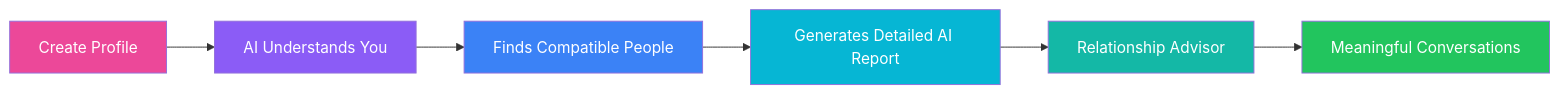
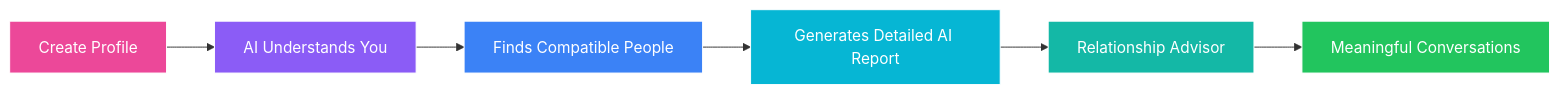
Before and after one commit to TheKanishkDev/SoulSync-AI: the first of 7 diagrams in README.md, drawn with Mermaid. The commit also changed other lines of this file, not shown here.

````diff
--- a/README.md
+++ b/README.md
@@ -139,27 +117,15 @@
 ```mermaid
 flowchart LR
-
-A[Create Profile]
-
-A --> B[AI Understands You]
-
+A[Create Profile] --> B[AI Understands You]
 B --> C[Finds Compatible People]
-
 C --> D[Generates Detailed AI Report]
-
 D --> E[Relationship Advisor]
-
 E --> F[Meaningful Conversations]
 
-style A fill:#EC4899,color:#fff
-
-style B fill:#8B5CF6,color:#fff
-
-style C fill:#3B82F6,color:#fff
-
-style D fill:#06B6D4,color:#fff
-
-style E fill:#14B8A6,color:#fff
-
-style F fill:#22C55E,color:#fff
+style A fill:#EC4899,color:#fff,stroke:#fff,stroke-width:1px
+style B fill:#8B5CF6,color:#fff,stroke:#fff,stroke-width:1px
+style C fill:#3B82F6,color:#fff,stroke:#fff,stroke-width:1px
+style D fill:#06B6D4,color:#fff,stroke:#fff,stroke-width:1px
+style E fill:#14B8A6,color:#fff,stroke:#fff,stroke-width:1px
+style F fill:#22C55E,color:#fff,stroke:#fff,stroke-width:1px
 ```
````
